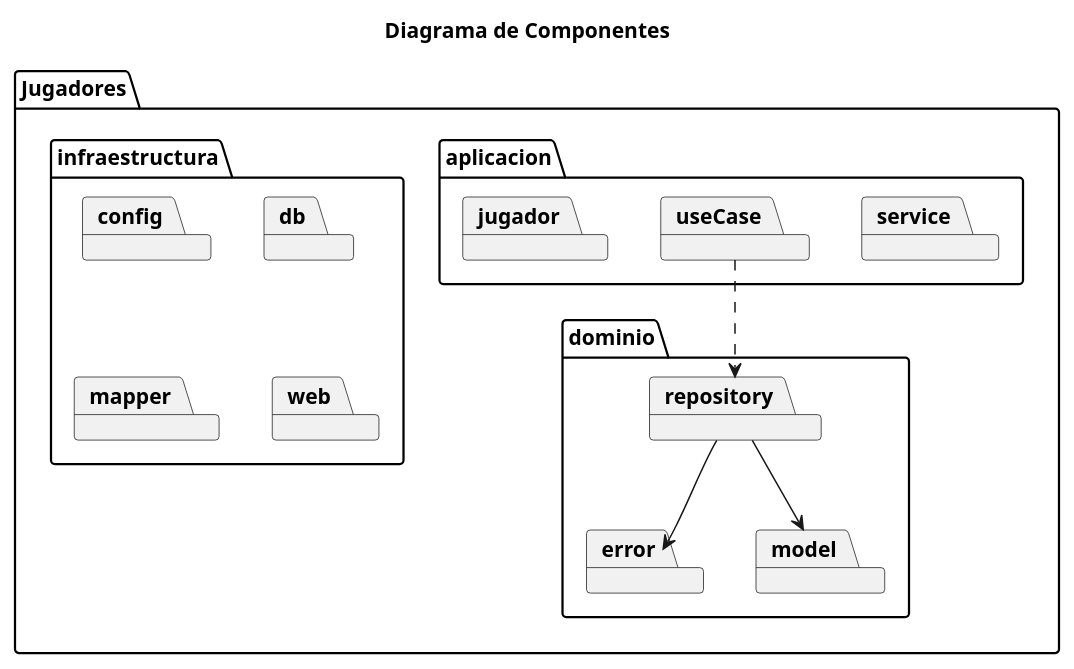
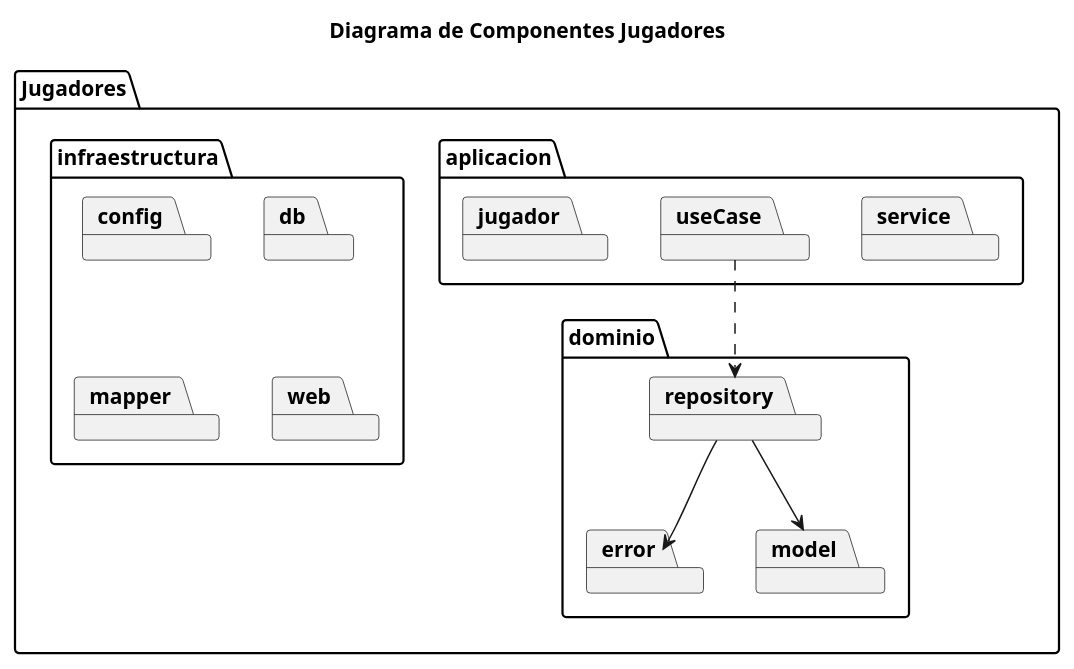
One commit to Jorgepd999/api-java-SpringBoot-Escuela-de-Futbol changed the diagram in doc/disenio/arquitectura/componentesGlobal/componenteJugadores/componenteJugadores.plantuml. Above: the diagram before and after it, drawn with PlantUML. The commit also changed 2 other files, not shown here.

Commit message:
cambio diagrama componentes

```diff
--- a/doc/disenio/arquitectura/componentesGlobal/componenteJugadores/componenteJugadores.plantuml
+++ b/doc/disenio/arquitectura/componentesGlobal/componenteJugadores/componenteJugadores.plantuml
@@ -1,33 +1,33 @@
 @startuml
-title Diagrama de Componentes
+title Diagrama de Componentes Jugadores
 
 package "Jugadores" as Jugador{
 
     package "aplicacion" as aj{
         package "service" as service
         package "useCase" as useCase
         package "jugador" as jugador
     }
 
     package "dominio" as dj{
         package "error" as error
         package "model" as model
         package "repository" as repository
     }
 
     package "infraestructura" as ij{
         package "config" as config
         package "db" as db
         package "mapper" as mapper
         package "web" as web
     }
 
 
     useCase ..> repository
     repository --> model
     repository --> error
 
 }
 
 
 @enduml
```
